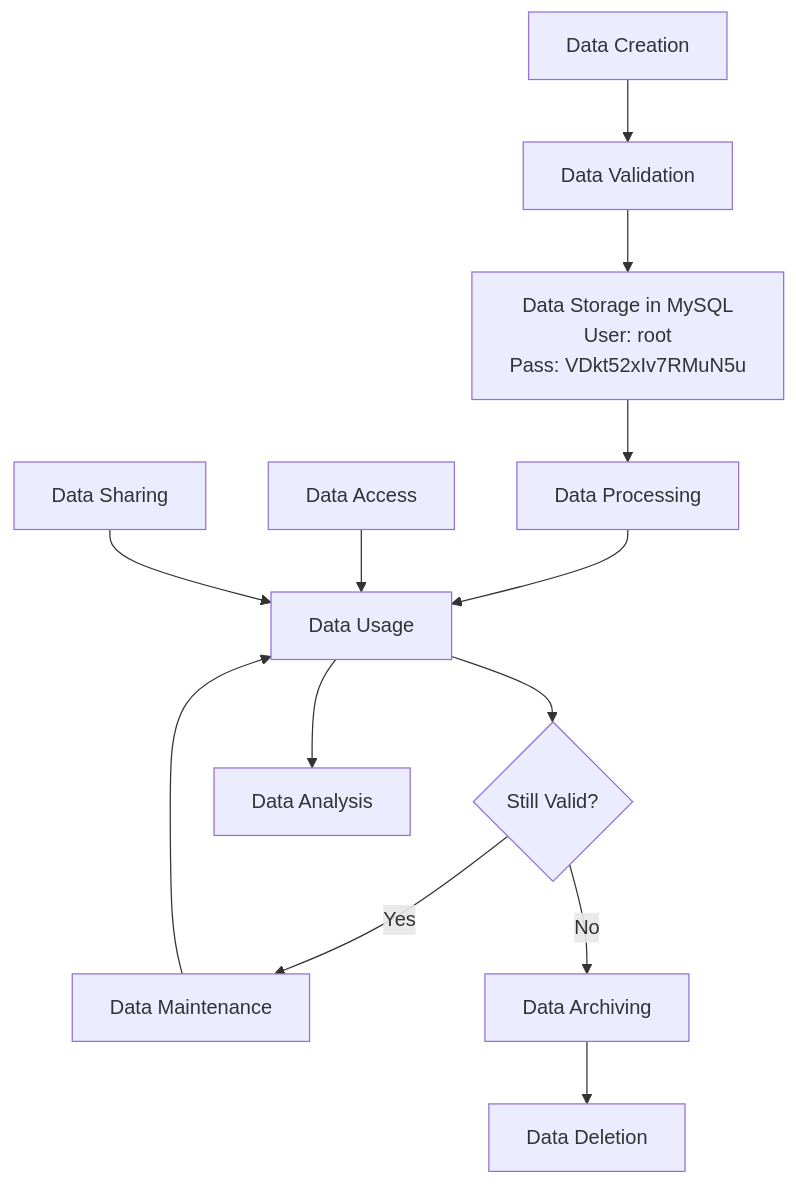
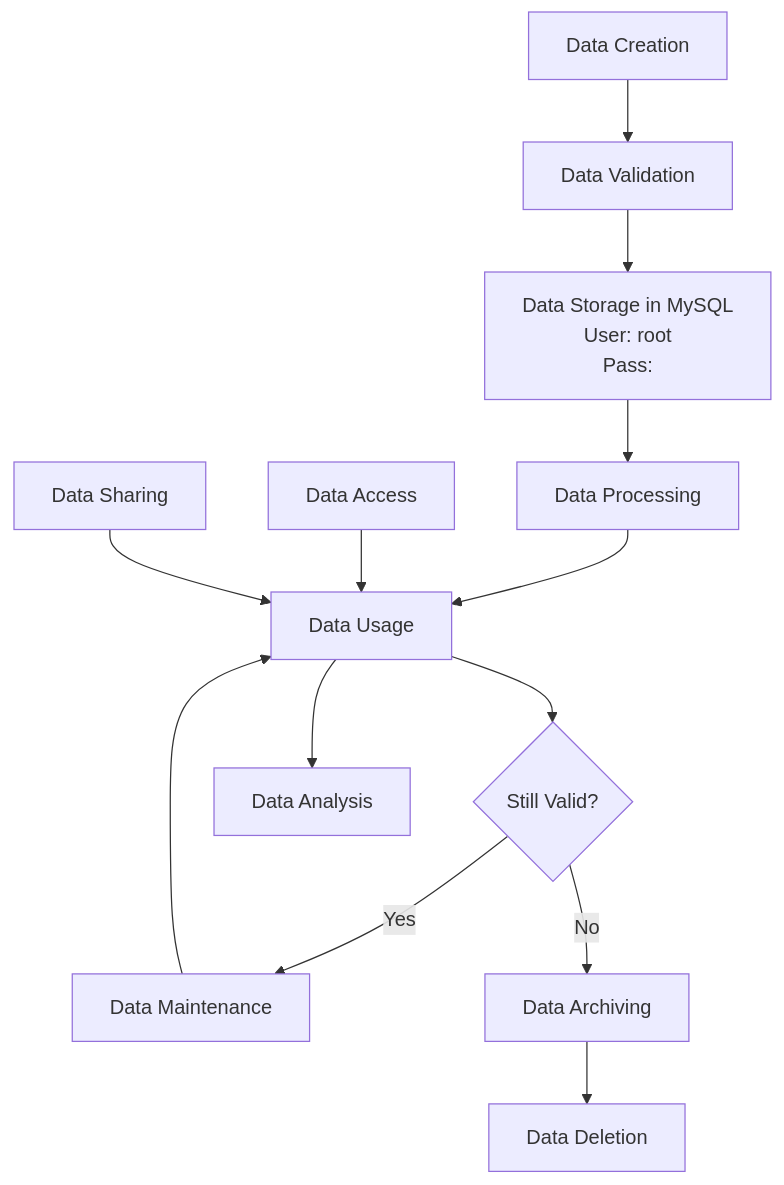
Before and after one commit to alibungker/superapp: the third of 6 diagrams in akks/akks_Data_Architecture_Document(DAD).md, drawn with Mermaid. The commit also changed other lines of this file, not shown here.

````diff
--- a/akks/akks_Data_Architecture_Document(DAD).md
+++ b/akks/akks_Data_Architecture_Document(DAD).md
@@ -383,16 +383,16 @@
 ```mermaid
 graph TD
     A[Data Creation] --> B[Data Validation]
-    B --> C[Data Storage in MySQL<br/>User: root<br/>Pass: VDkt52xIv7RMuN5u]
+    B --> C[Data Storage in MySQL<br/>User: root<br/>Pass: ]
     C --> D[Data Processing]
     D --> E[Data Usage]
     E --> F{Still Valid?}
     F -->|Yes| G[Data Maintenance]
     G --> E
     F -->|No| H[Data Archiving]
     H --> I[Data Deletion]
     
     J[Data Access] --> E
     K[Data Sharing] --> E
     E --> L[Data Analysis]
 ```
````
